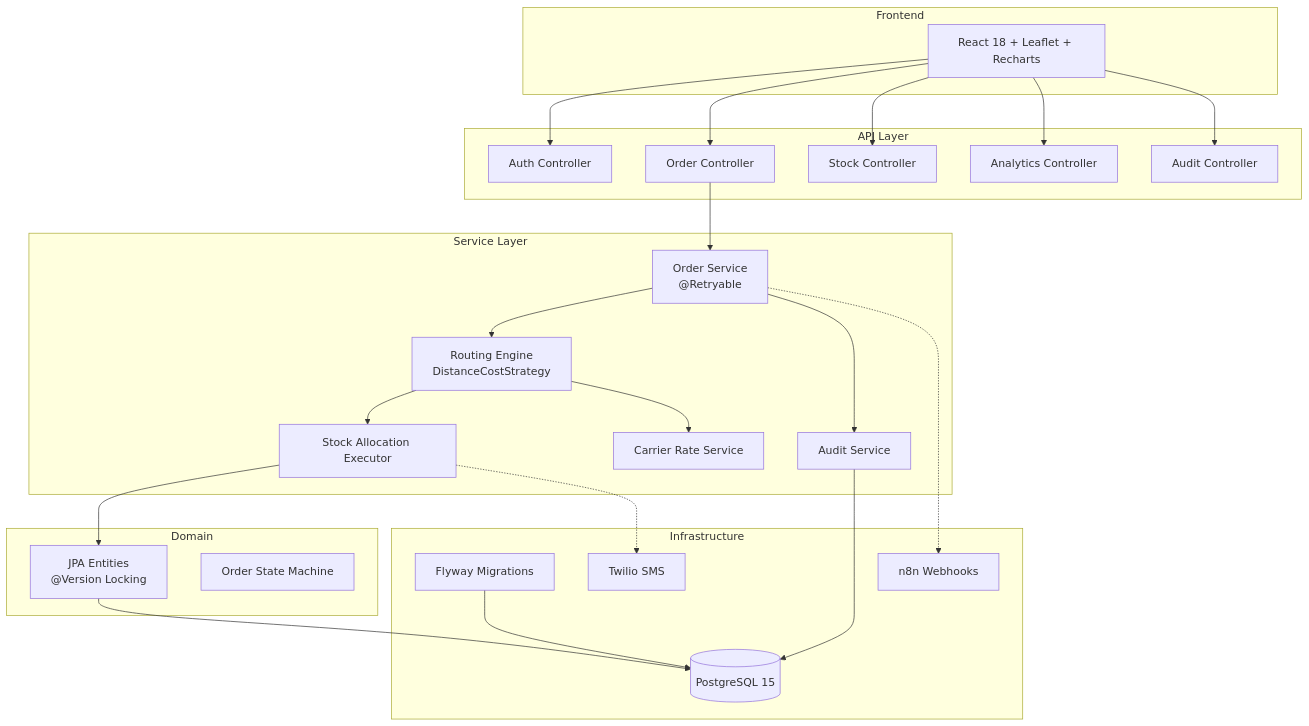
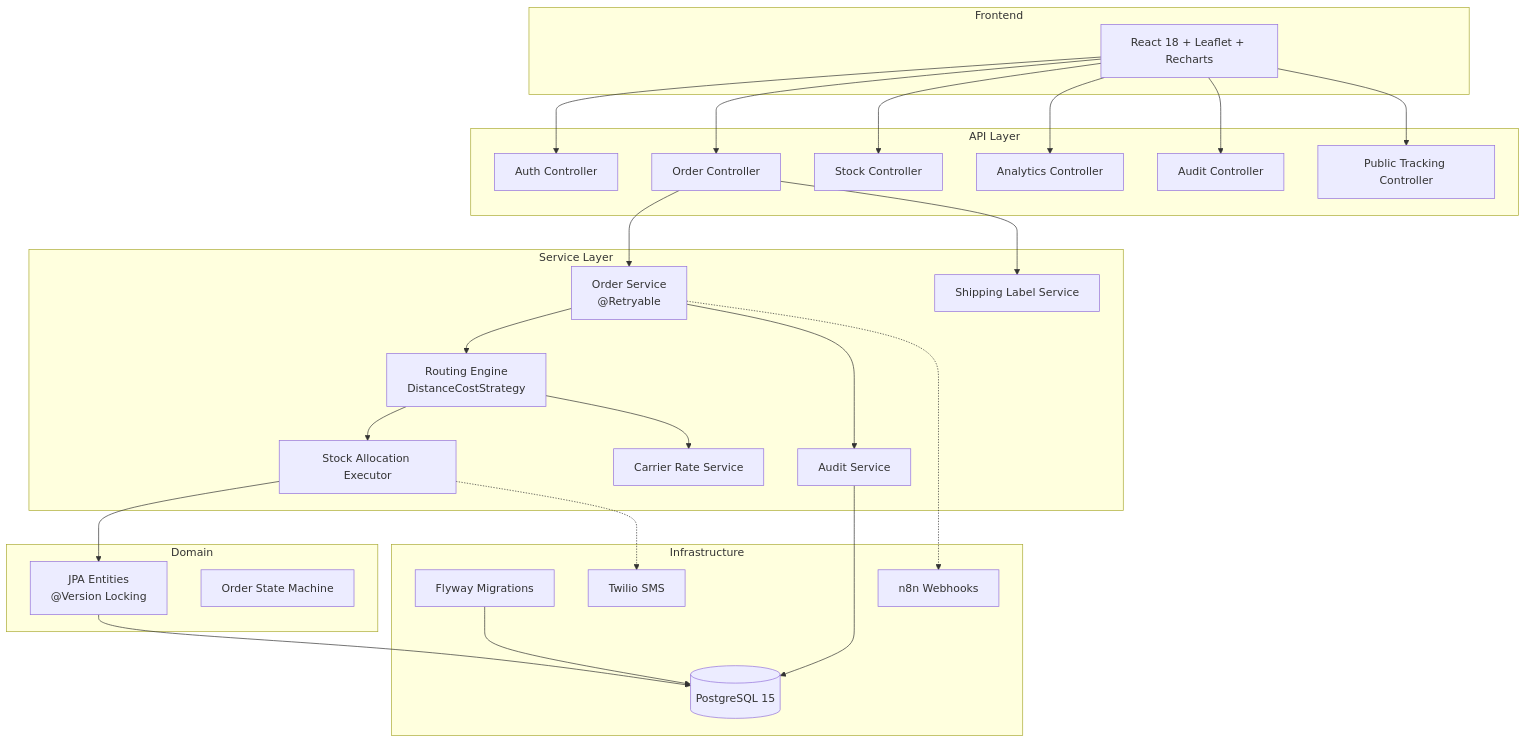
One commit to abhinandbs12/stride changed the diagram in README.md. Above: the diagram before and after it, drawn with Mermaid. The commit also changed other lines of this file, not shown here.

Commit message:
docs: standardize technical specification and system architecture reference

````diff
--- a/README.md
+++ b/README.md
@@ -41,43 +41,46 @@
 ```mermaid
 graph TB
     subgraph Frontend
         React[React 18 + Leaflet + Recharts]
     end
 
     subgraph API Layer
         Auth[Auth Controller]
         Orders[Order Controller]
         Stock[Stock Controller]
         Analytics[Analytics Controller]
         Audit[Audit Controller]
+        PublicTrack[Public Tracking Controller]
     end
 
     subgraph Service Layer
         OrderSvc[Order Service<br/>@Retryable]
         RoutingEngine[Routing Engine<br/>DistanceCostStrategy]
         StockAlloc[Stock Allocation Executor]
         CarrierSvc[Carrier Rate Service]
+        LabelSvc[Shipping Label Service]
         AuditSvc[Audit Service]
     end
 
     subgraph Domain
         Entities[JPA Entities<br/>@Version Locking]
         StateMachine[Order State Machine]
     end
 
     subgraph Infrastructure
         PG[(PostgreSQL 15)]
         Flyway[Flyway Migrations]
         Twilio[Twilio SMS]
         Webhook[n8n Webhooks]
     end
 
-    React --> Auth & Orders & Stock & Analytics & Audit
+    React --> Auth & Orders & Stock & Analytics & Audit & PublicTrack
     Orders --> OrderSvc --> RoutingEngine --> StockAlloc
     RoutingEngine --> CarrierSvc
+    Orders --> LabelSvc
     StockAlloc --> Entities --> PG
     OrderSvc --> AuditSvc --> PG
     StockAlloc -.-> Twilio
     OrderSvc -.-> Webhook
     Flyway --> PG
 ```
````
